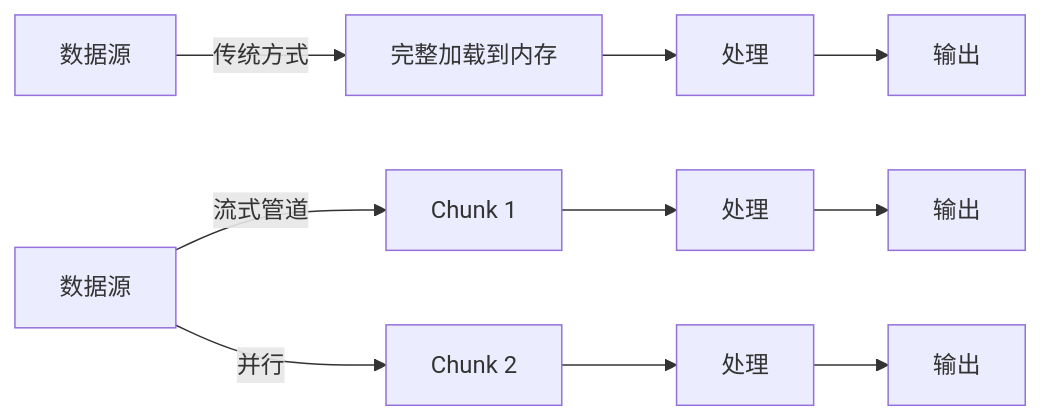
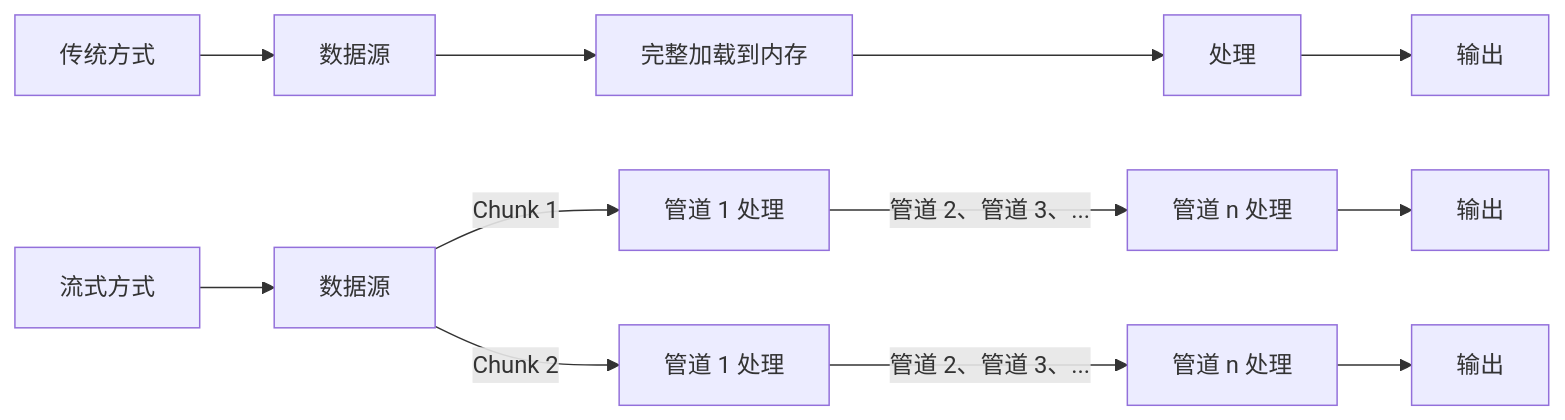
The diagram in notes/0124. Web Streams API 概览/README.md (tnotesjs/TNotes.javascript), drawn with Mermaid before and after one commit. The commit also changed other lines of this file and 93 other files, not shown here.

````diff
--- a/notes/0124. Web Streams API 概览/README.md
+++ b/notes/0124. Web Streams API 概览/README.md
@@ -86,13 +90,15 @@
 ```mermaid
 graph LR
-    A[数据源] -->|传统方式| B[完整加载到内存]
-    B --> C[处理]
-    C --> D[输出]
+    A[传统方式] --> B[数据源]
+    B --> C[完整加载到内存]
+    C --> D[处理]
+    D --> E[输出]
 
-    A2[数据源] -->|流式管道| E[Chunk 1]
-    E --> F[处理]
-    F --> G[输出]
-    A2 -->|并行| H[Chunk 2]
-    H --> I[处理]
+    F[流式方式] --> G[数据源]
+    G --Chunk 1--> H[管道 1 处理]
+    H --管道 2、管道 3、...--> I[管道 n 处理]
     I --> J[输出]
+    G --Chunk 2--> K[管道 1 处理]
+    K --管道 2、管道 3、...--> L[管道 n 处理]
+    L --> M[输出]
 ```
````
